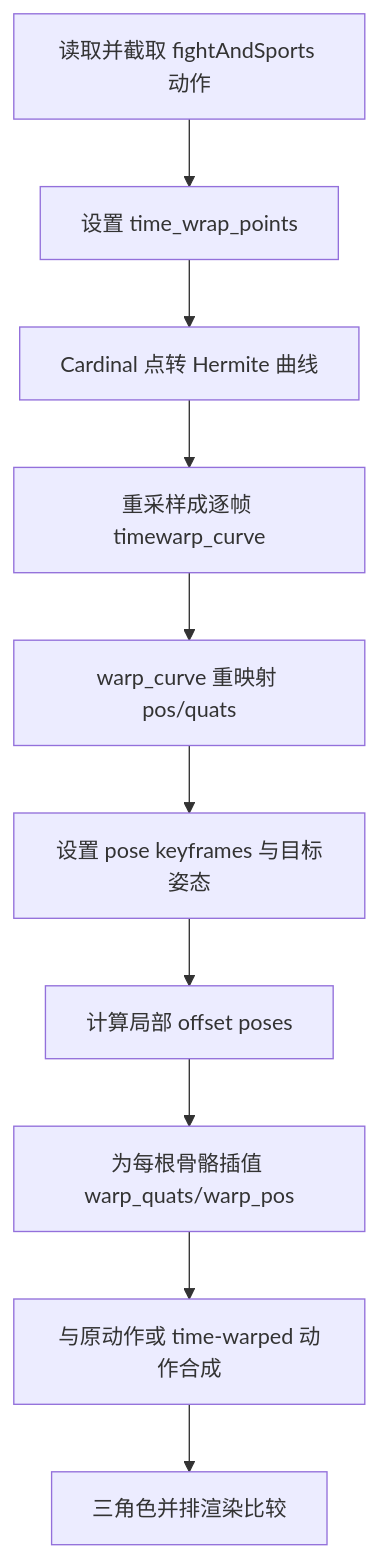
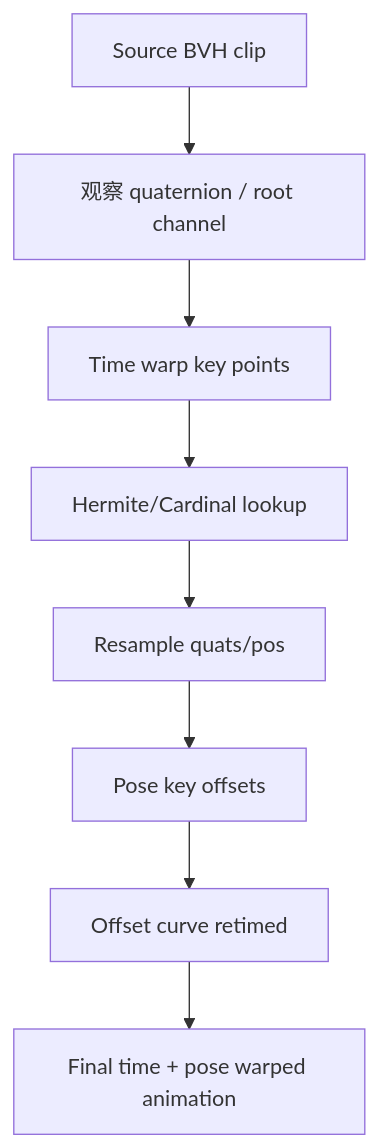
The first of 5 diagrams in docs/blog/AnimationPapers/motion_warping/README.md (EvihGraphics/AnimationTech-HTC), drawn with Mermaid before and after one commit. The commit also changed other lines of this file and 319 other files, not shown here.

````diff
--- a/docs/blog/AnimationPapers/motion_warping/README.md
+++ b/docs/blog/AnimationPapers/motion_warping/README.md
@@ -21,12 +27,10 @@
 ```mermaid
 flowchart TD
-    A[读取并截取 fightAndSports 动作] --> B[设置 time_wrap_points]
-    B --> C[Cardinal 点转 Hermite 曲线]
-    C --> D[重采样成逐帧 timewarp_curve]
-    D --> E[warp_curve 重映射 pos/quats]
-    E --> F[设置 pose keyframes 与目标姿态]
-    F --> G[计算局部 offset poses]
-    G --> H[为每根骨骼插值 warp_quats/warp_pos]
-    H --> I[与原动作或 time-warped 动作合成]
-    I --> J[三角色并排渲染比较]
+    A[Source BVH clip] --> B[观察 quaternion / root channel]
+    B --> C[Time warp key points]
+    C --> D[Hermite/Cardinal lookup]
+    D --> E[Resample quats/pos]
+    E --> F[Pose key offsets]
+    F --> G[Offset curve retimed]
+    G --> H[Final time + pose warped animation]
 ```
````
